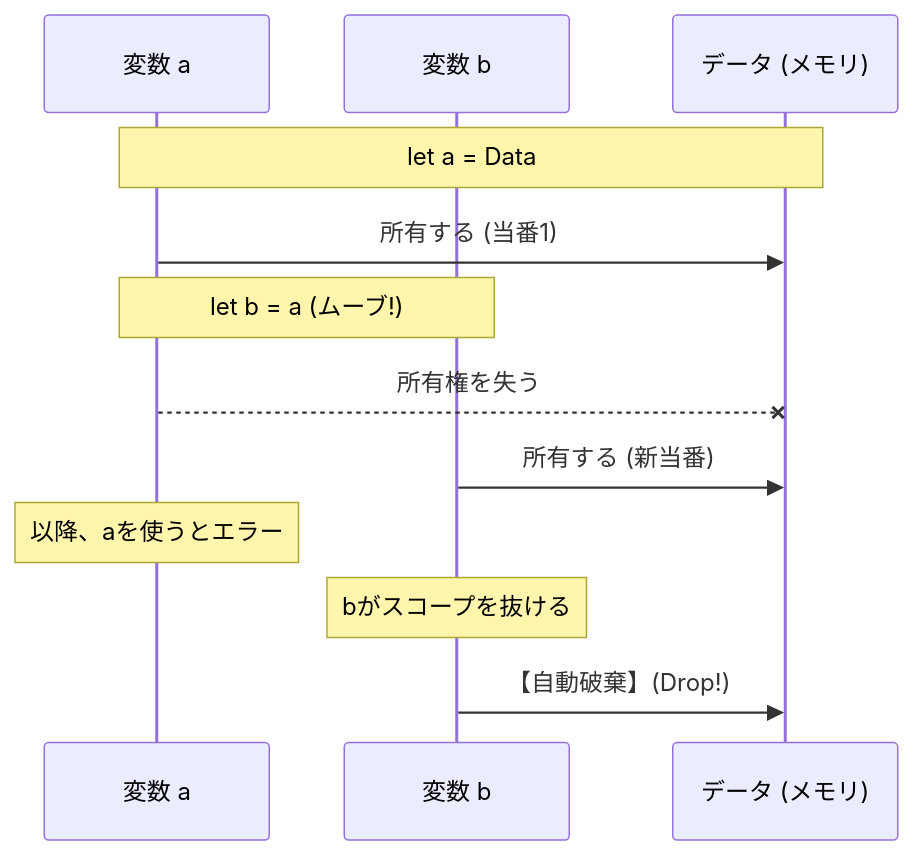
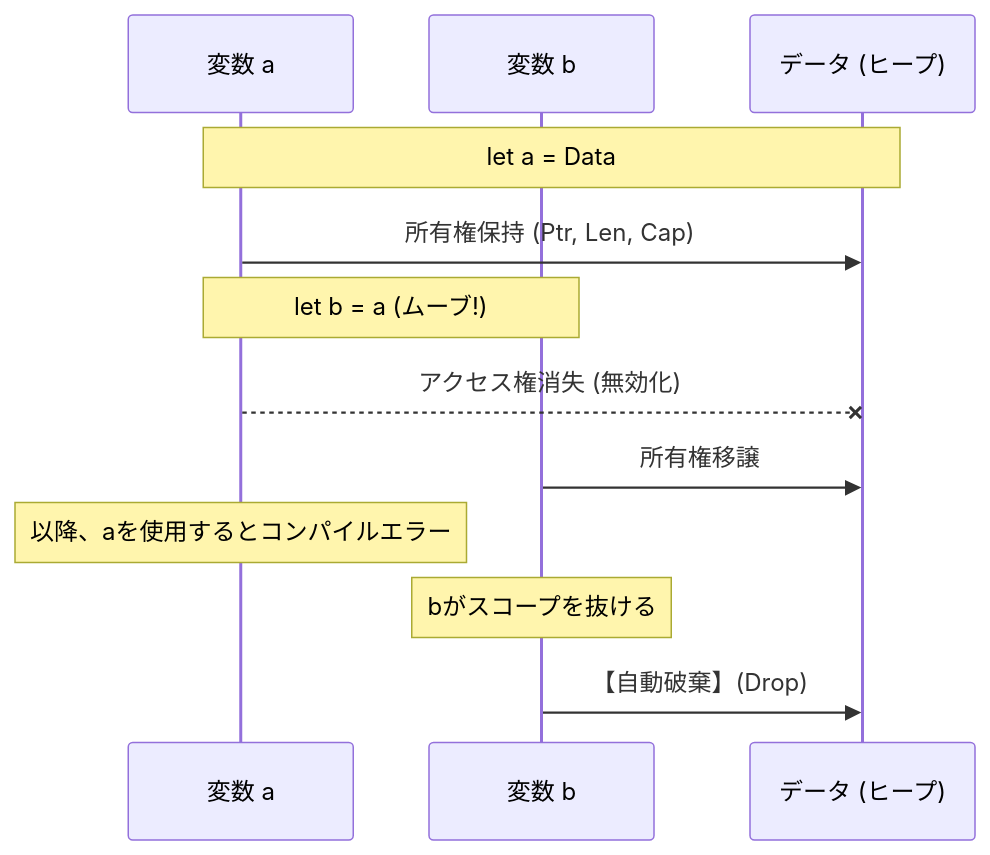
The first of 2 diagrams in docs/glossary/01_introduction.md (kanywst/rust), drawn with Mermaid before and after one commit. The commit also changed other lines of this file and 4 other files, not shown here.

````diff
--- a/docs/glossary/01_introduction.md
+++ b/docs/glossary/01_introduction.md
@@ -97,18 +45,18 @@
 ```mermaid
 sequenceDiagram
     participant a as 変数 a
     participant b as 変数 b
-    participant Data as データ (メモリ)
+    participant Data as データ (ヒープ)
     
     Note over a, Data: let a = Data
-    a->>Data: 所有する (当番1)
+    a->>Data: 所有権保持 (Ptr, Len, Cap)
     
     Note over b, a: let b = a (ムーブ!)
-    a--xData: 所有権を失う
-    b->>Data: 所有する (新当番)
-    Note over a: 以降、aを使うとエラー
+    a--xData: アクセス権消失 (無効化)
+    b->>Data: 所有権移譲
+    Note over a: 以降、aを使用するとコンパイルエラー
     
     Note over b: bがスコープを抜ける
-    b->>Data: 【自動破棄】(Drop!)
+    b->>Data: 【自動破棄】(Drop)
 
 ```
````
